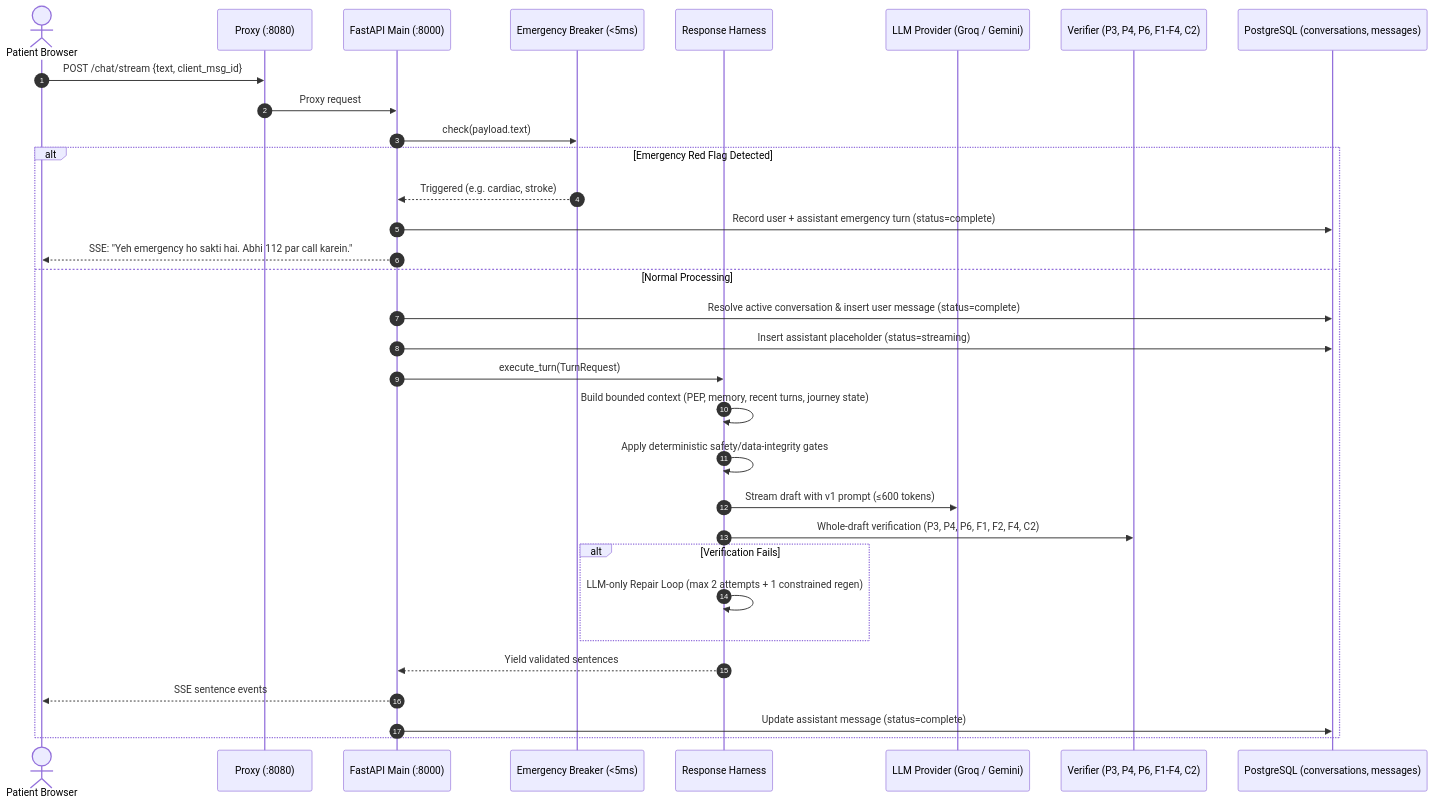
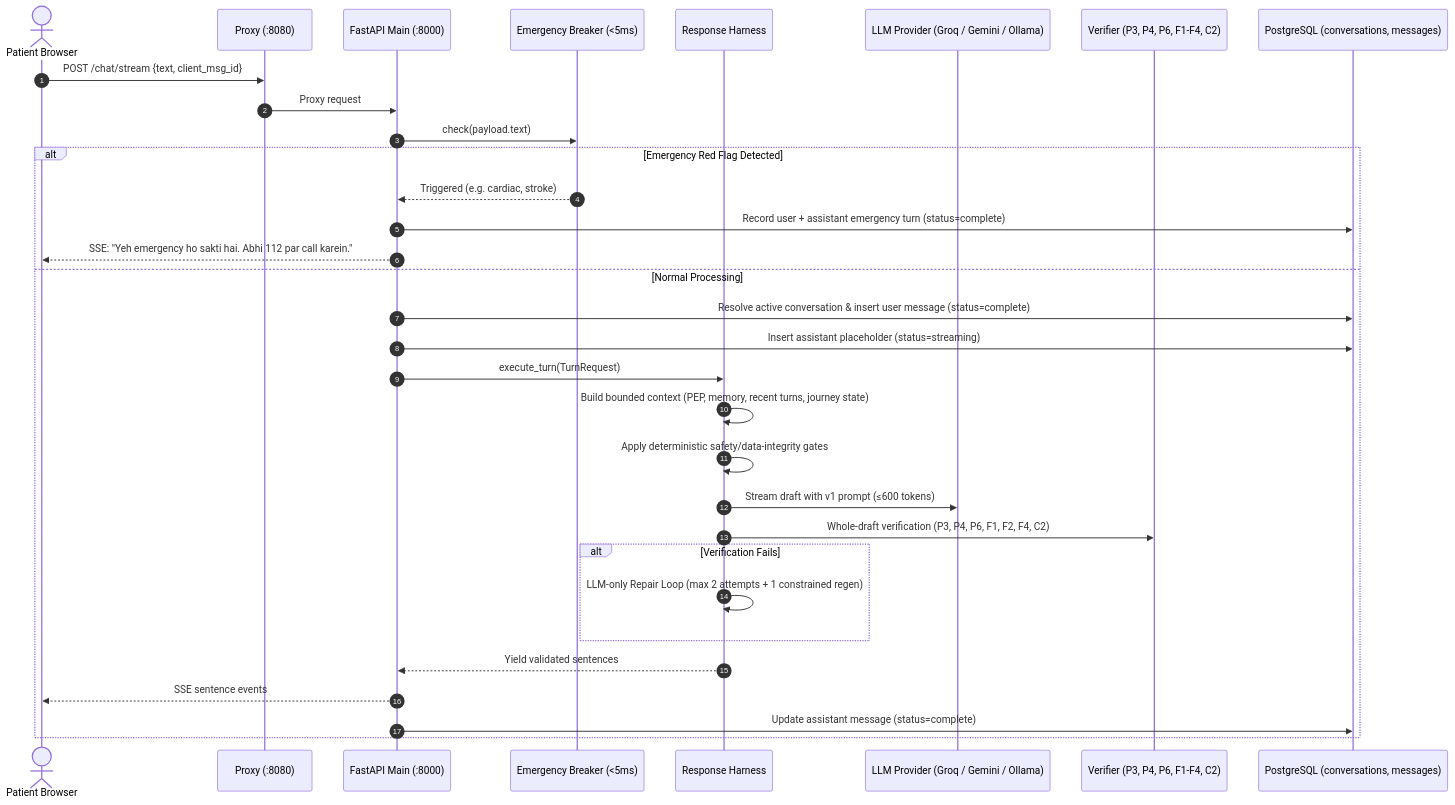
One commit to saahilpal/disha-ai changed the second of 2 diagrams in docs/HOW_IT_WORKS.md. Above: the diagram before and after it, drawn with Mermaid. The commit also changed other lines of this file and 6 other files, not shown here.

````diff
--- a/docs/HOW_IT_WORKS.md
+++ b/docs/HOW_IT_WORKS.md
@@ -36,35 +36,35 @@
 ```mermaid
 sequenceDiagram
     autonumber
     actor User as Patient Browser
     participant Nginx as Proxy (:8080)
     participant Main as FastAPI Main (:8000)
     participant Breaker as Emergency Breaker (<5ms)
     participant Harness as Response Harness
-    participant LLM as LLM Provider (Groq / Gemini)
+    participant LLM as LLM Provider (Groq / Gemini / Ollama)
     participant Verifier as Verifier (P3, P4, P6, F1-F4, C2)
     participant DB as PostgreSQL (conversations, messages)
 
     User->>Nginx: POST /chat/stream {text, client_msg_id}
     Nginx->>Main: Proxy request
     Main->>Breaker: check(payload.text)
     alt Emergency Red Flag Detected
         Breaker-->>Main: Triggered (e.g. cardiac, stroke)
         Main->>DB: Record user + assistant emergency turn (status=complete)
         Main-->>User: SSE: "Yeh emergency ho sakti hai. Abhi 112 par call karein."
     else Normal Processing
         Main->>DB: Resolve active conversation & insert user message (status=complete)
         Main->>DB: Insert assistant placeholder (status=streaming)
         Main->>Harness: execute_turn(TurnRequest)
         Harness->>Harness: Build bounded context (PEP, memory, recent turns, journey state)
         Harness->>Harness: Apply deterministic safety/data-integrity gates
         Harness->>LLM: Stream draft with v1 prompt (≤600 tokens)
         Harness->>Verifier: Whole-draft verification (P3, P4, P6, F1, F2, F4, C2)
         alt Verification Fails
             Harness->>Harness: LLM-only Repair Loop (max 2 attempts + 1 constrained regen)
         end
         Harness-->>Main: Yield validated sentences
         Main-->>User: SSE sentence events
         Main->>DB: Update assistant message (status=complete)
     end
 ```
````
